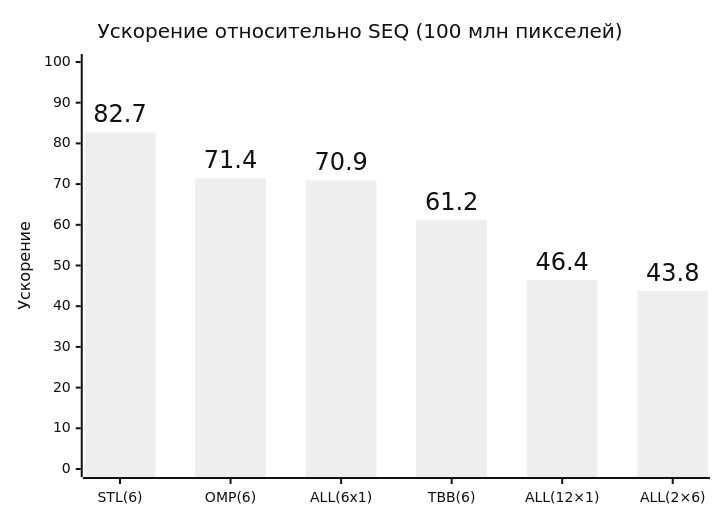
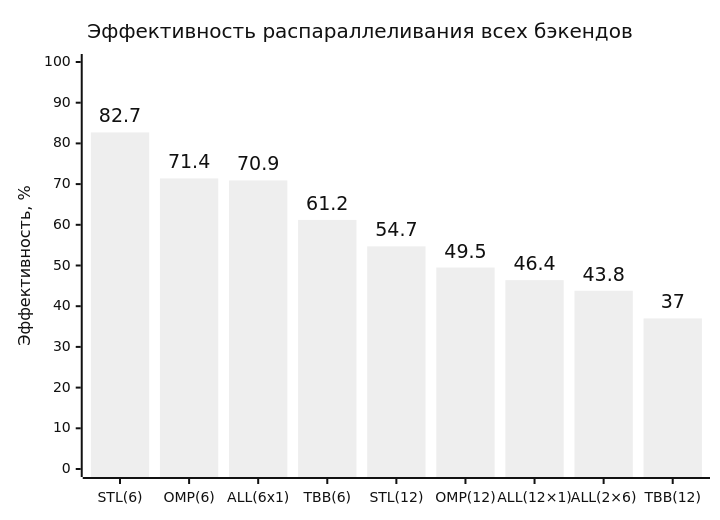
Before and after one commit to learning-process/ppc-2026-threads: the second of 2 diagrams in tasks/otcheskov_s_contrast_lin_stretch/report.md, drawn with Mermaid (neutral theme). The commit also changed other lines of this file and 5 other files, not shown here.

````diff
--- a/tasks/otcheskov_s_contrast_lin_stretch/report.md
+++ b/tasks/otcheskov_s_contrast_lin_stretch/report.md
@@ -109,13 +112,13 @@
 ```mermaid
 ---
 config:
     xyChart:
         showDataLabel: true
         showDataLabelOutsideBar: true
 ---
 xychart
-    title "Ускорение относительно SEQ (100 млн пикселей)"
-    x-axis ["STL(6)", "OMP(6)", "ALL(6x1)", "TBB(6)", "ALL(12×1)", "ALL(2×6)"]
-    y-axis "Ускорение" 0 --> 100
-    bar [82.7, 71.4, 70.9, 61.2, 46.4, 43.8]
+    title "Эффективность распараллеливания всех бэкендов"
+    x-axis ["STL(6)", "OMP(6)", "ALL(6x1)", "TBB(6)", "STL(12)", "OMP(12)", "ALL(12×1)", "ALL(2×6)", "TBB(12)"]
+    y-axis "Эффективность, %" 0 --> 100
+    bar [82.7, 71.4, 70.9, 61.2, 54.7, 49.5, 46.4, 43.8, 37.0]
 ```
````
